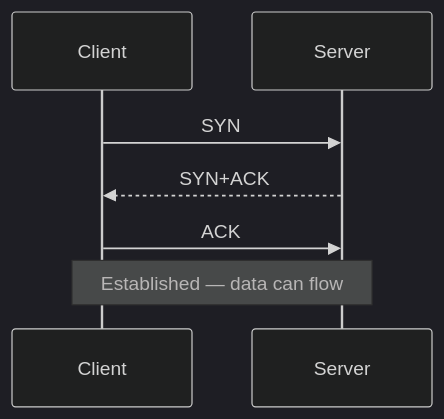
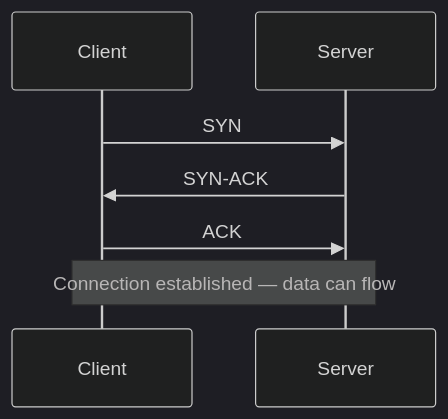
The second of 5 diagrams in learning/06-transport-layer.md (omnayak27199/pktana), drawn with Mermaid (dark theme) before and after one commit. The commit also changed other lines of this file and 14 other files, not shown here.

````diff
--- a/learning/06-transport-layer.md
+++ b/learning/06-transport-layer.md
@@ -56,9 +116,9 @@
 ```mermaid
 sequenceDiagram
   participant C as Client
   participant S as Server
   C->>S: SYN
-  S-->>C: SYN+ACK
+  S->>C: SYN-ACK
   C->>S: ACK
-  Note over C,S: Established — data can flow
+  Note over C,S: Connection established — data can flow
 ```
````
